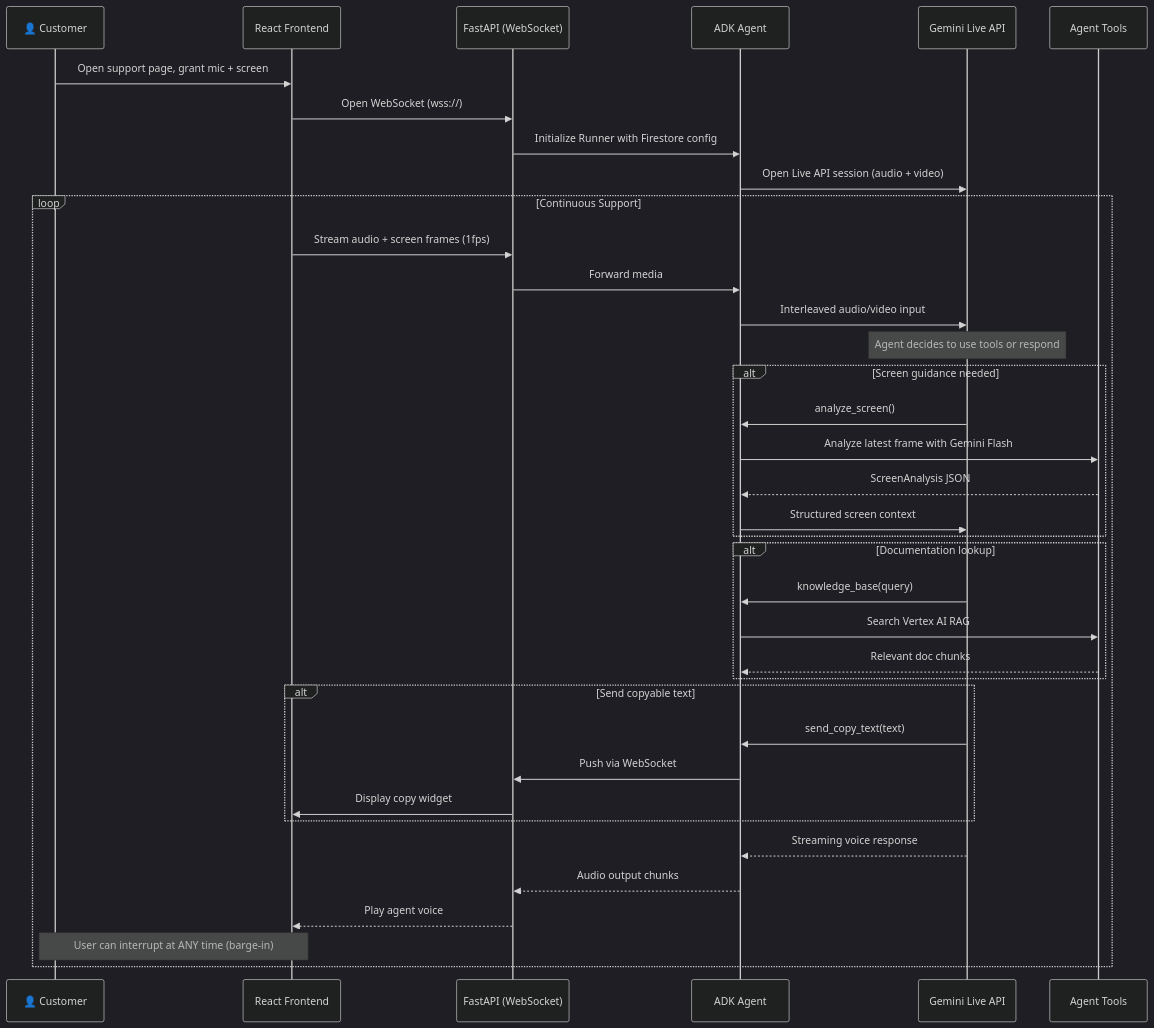
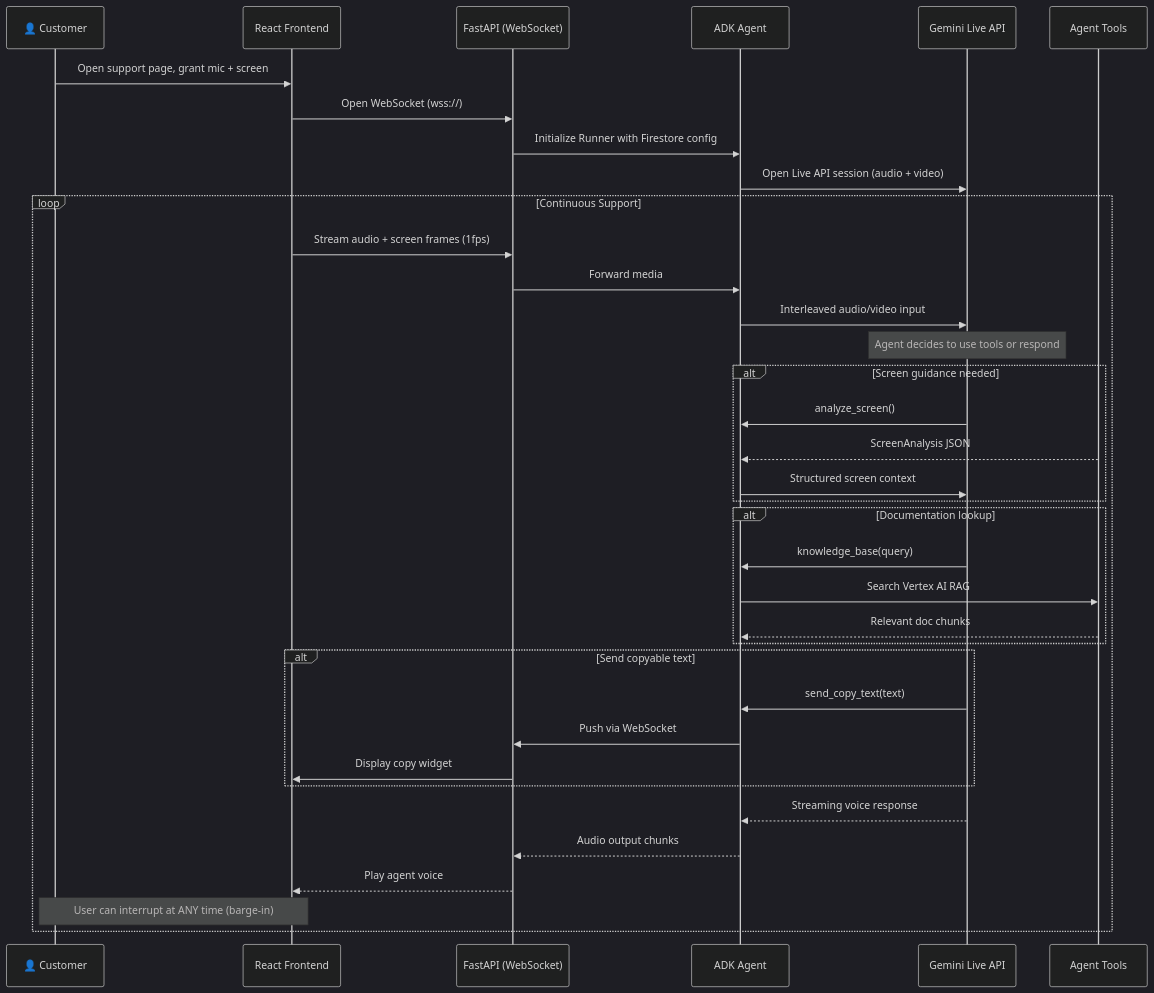
One commit to kywthiha/support-pilot changed the third of 4 diagrams in architecture.md. Above: the diagram before and after it, drawn with Mermaid (dark theme). The commit also changed other lines of this file and 1 other file, not shown here.

First line of the commit message:
docs: clarify active screen analysis architecture

````diff
--- a/architecture.md
+++ b/architecture.md
@@ -152,47 +152,46 @@
 ```mermaid
 sequenceDiagram
     participant User as 👤 Customer
     participant React as React Frontend
     participant FastAPI as FastAPI (WebSocket)
     participant ADK as ADK Agent
     participant Gemini as Gemini Live API
     participant Tools as Agent Tools
 
     User->>React: Open support page, grant mic + screen
     React->>FastAPI: Open WebSocket (wss://)
     FastAPI->>ADK: Initialize Runner with Firestore config
     ADK->>Gemini: Open Live API session (audio + video)
 
     loop Continuous Support
         React->>FastAPI: Stream audio + screen frames (1fps)
         FastAPI->>ADK: Forward media
         ADK->>Gemini: Interleaved audio/video input
         
         Note over Gemini: Agent decides to use tools or respond
         
         alt Screen guidance needed
             Gemini->>ADK: analyze_screen()
-            ADK->>Tools: Analyze latest frame with Gemini Flash
             Tools-->>ADK: ScreenAnalysis JSON
             ADK->>Gemini: Structured screen context
         end
         
         alt Documentation lookup
             Gemini->>ADK: knowledge_base(query)
             ADK->>Tools: Search Vertex AI RAG
             Tools-->>ADK: Relevant doc chunks
         end
         
         alt Send copyable text
             Gemini->>ADK: send_copy_text(text)
             ADK->>FastAPI: Push via WebSocket
             FastAPI->>React: Display copy widget
         end
         
         Gemini-->>ADK: Streaming voice response
         ADK-->>FastAPI: Audio output chunks  
         FastAPI-->>React: Play agent voice
         
         Note over User, React: User can interrupt at ANY time (barge-in)
     end
 ```
````
